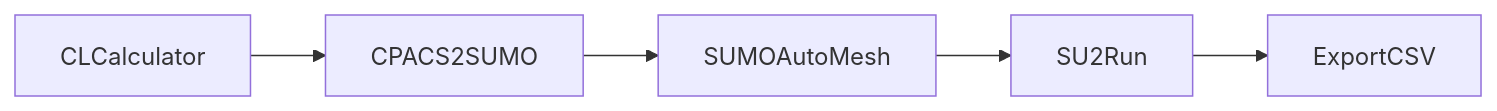
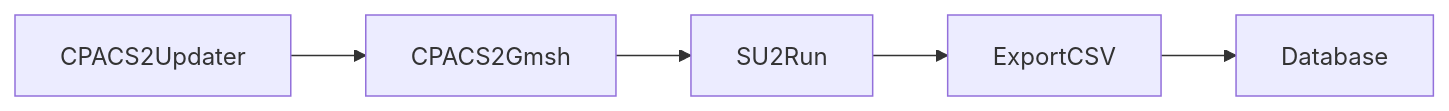
The second of 2 diagrams in README.md (cfsengineering/CEASIOMpy), drawn with Mermaid before and after one commit. The commit also changed other lines of this file and 30 other files, not shown here.

Commit message:
cpacs2gmsh fusing main wing for SU2

````diff
--- a/README.md
+++ b/README.md
@@ -91,7 +91,7 @@
 ```mermaid
   graph LR;
-      CLCalculator-->CPACS2SUMO;
-      CPACS2SUMO-->SUMOAutoMesh;
-      SUMOAutoMesh-->SU2Run;
+      CPACS2Updater-->CPACS2Gmsh;
+      CPACS2Gmsh-->SU2Run;
       SU2Run-->ExportCSV;
+      ExportCSV-->Database;
 ```
````
